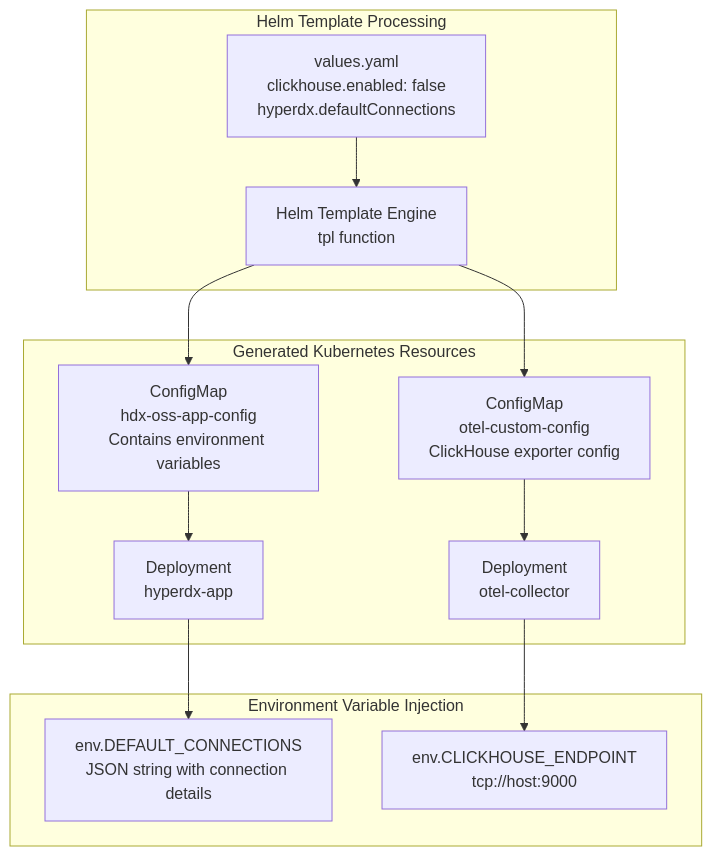
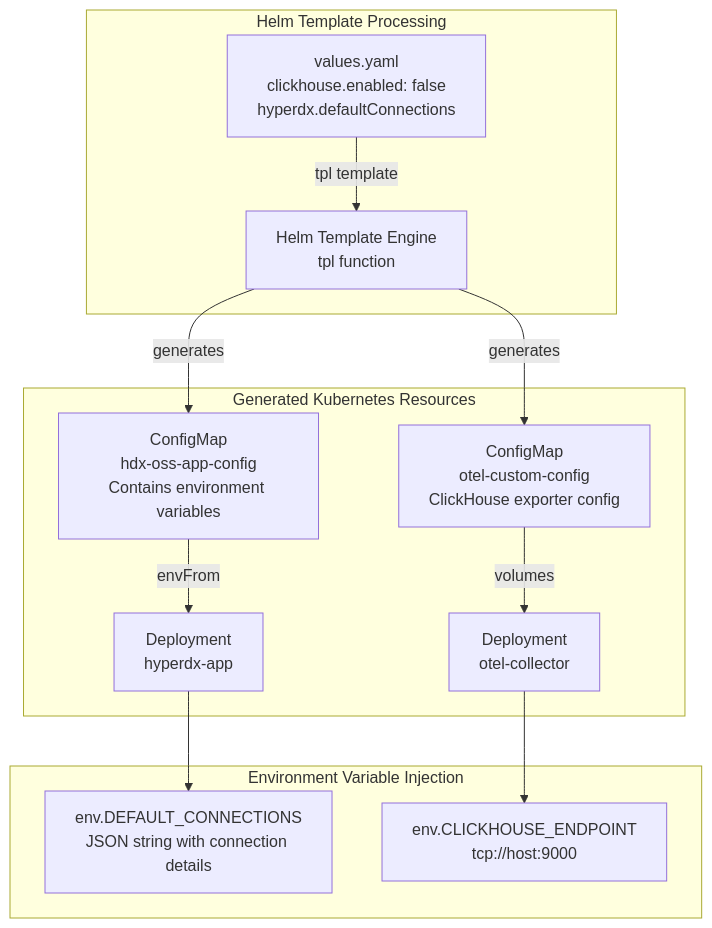
The second of 5 diagrams in docs/hyperdxio-helm-charts-docs/External-ClickHouse.md (openchoreo/openchoreo), drawn with Mermaid before and after one commit. The commit also changed other lines of this file and 85 other files, not shown here.

Commit message:
feat: Add new workflow and specification templates, update Helm chart dependencies, and clarify documentation diagrams.

````diff
--- a/docs/hyperdxio-helm-charts-docs/External-ClickHouse.md
+++ b/docs/hyperdxio-helm-charts-docs/External-ClickHouse.md
@@ -122,37 +122,37 @@
 ```mermaid
 flowchart TD
 
 ValuesFile["values.yaml<br>clickhouse.enabled: false<br>hyperdx.defaultConnections"]
 HelmEngine["Helm Template Engine<br>tpl function"]
 AppConfigMap["ConfigMap<br>hdx-oss-app-config<br>Contains environment variables"]
 AppDeployment["Deployment<br>hyperdx-app"]
 OTELConfigMap["ConfigMap<br>otel-custom-config<br>ClickHouse exporter config"]
 OTELDeployment["Deployment<br>otel-collector"]
 EnvDefaultConnections["env.DEFAULT_CONNECTIONS<br>JSON string with connection details"]
 EnvClickhouseEndpoint["env.CLICKHOUSE_ENDPOINT<br>tcp://host:9000"]
 
-HelmEngine --> AppConfigMap
-HelmEngine --> OTELConfigMap
+HelmEngine -->|"generates"| AppConfigMap
+HelmEngine -->|"generates"| OTELConfigMap
 AppDeployment --> EnvDefaultConnections
 OTELDeployment --> EnvClickhouseEndpoint
 
 subgraph subGraph2 ["Environment Variable Injection"]
     EnvDefaultConnections
     EnvClickhouseEndpoint
 end
 
 subgraph subGraph1 ["Generated Kubernetes Resources"]
     AppConfigMap
     AppDeployment
     OTELConfigMap
     OTELDeployment
-    AppConfigMap --> AppDeployment
-    OTELConfigMap --> OTELDeployment
+    AppConfigMap -->|"envFrom"| AppDeployment
+    OTELConfigMap -->|"volumes"| OTELDeployment
 end
 
 subgraph subGraph0 ["Helm Template Processing"]
     ValuesFile
     HelmEngine
-    ValuesFile --> HelmEngine
+    ValuesFile -->|"tpl template"| HelmEngine
 end
 ```
````
